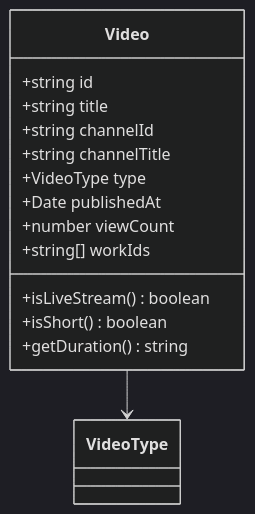
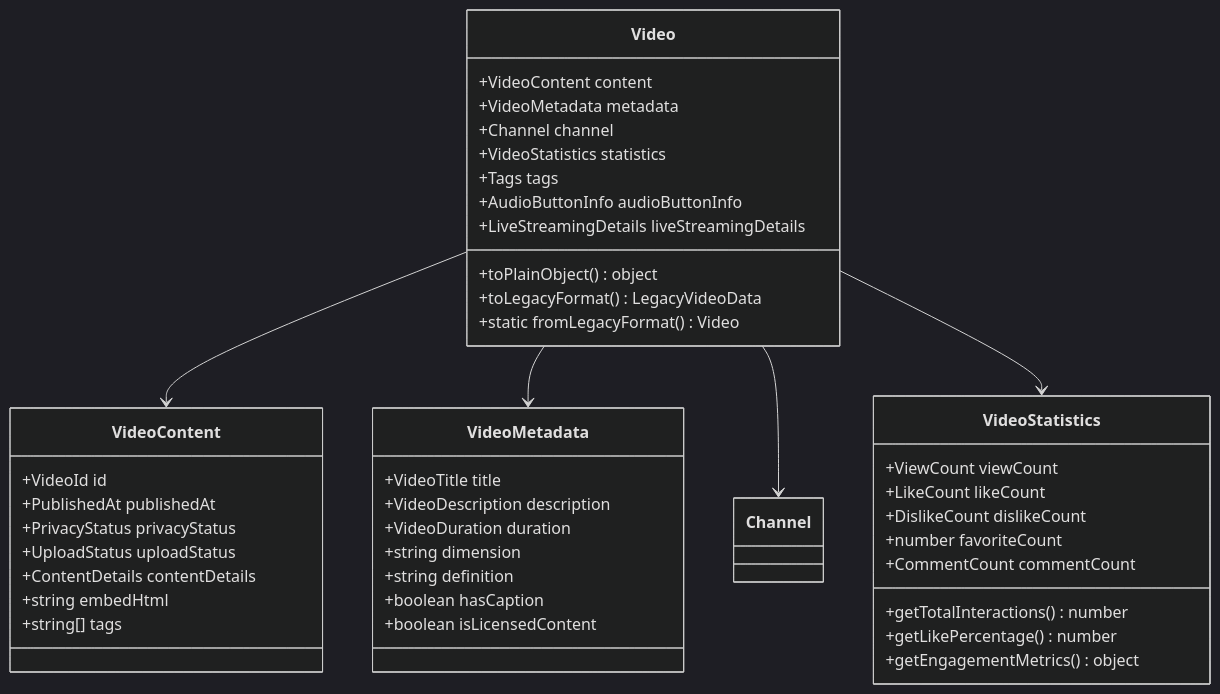
One commit to nothink-jp/suzumina.click changed the fourth of 14 diagrams in docs/DOMAIN_MODEL.md. Above: the diagram before and after it, drawn with Mermaid (dark theme). The commit also changed other lines of this file and 15 other files, not shown here.

````diff
--- a/docs/DOMAIN_MODEL.md
+++ b/docs/DOMAIN_MODEL.md
@@ -112,18 +112,51 @@
 ```mermaid
 classDiagram
     class Video {
-        +string id
-        +string title
-        +string channelId
-        +string channelTitle
-        +VideoType type
-        +Date publishedAt
-        +number viewCount
-        +string[] workIds
-        +isLiveStream() boolean
-        +isShort() boolean
-        +getDuration() string
+        +VideoContent content
+        +VideoMetadata metadata
+        +Channel channel
+        +VideoStatistics statistics
+        +Tags tags
+        +AudioButtonInfo audioButtonInfo
+        +LiveStreamingDetails liveStreamingDetails
+        +toPlainObject() object
+        +toLegacyFormat() LegacyVideoData
+        +static fromLegacyFormat() Video
     }
     
-    Video --> VideoType
+    class VideoContent {
+        +VideoId id
+        +PublishedAt publishedAt
+        +PrivacyStatus privacyStatus
+        +UploadStatus uploadStatus
+        +ContentDetails contentDetails
+        +string embedHtml
+        +string[] tags
+    }
+    
+    class VideoMetadata {
+        +VideoTitle title
+        +VideoDescription description
+        +VideoDuration duration
+        +string dimension
+        +string definition
+        +boolean hasCaption
+        +boolean isLicensedContent
+    }
+    
+    class VideoStatistics {
+        +ViewCount viewCount
+        +LikeCount likeCount
+        +DislikeCount dislikeCount
+        +number favoriteCount
+        +CommentCount commentCount
+        +getTotalInteractions() number
+        +getLikePercentage() number
+        +getEngagementMetrics() object
+    }
+    
+    Video --> VideoContent
+    Video --> VideoMetadata
+    Video --> Channel
+    Video --> VideoStatistics
 ```
````
